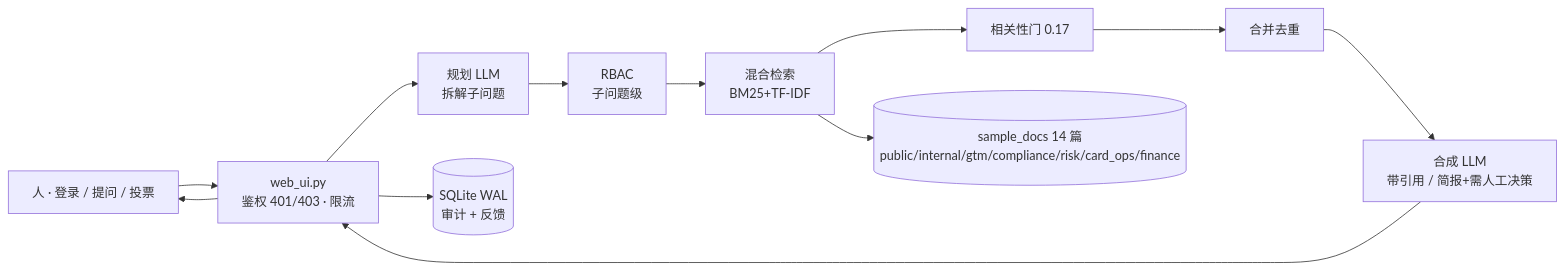
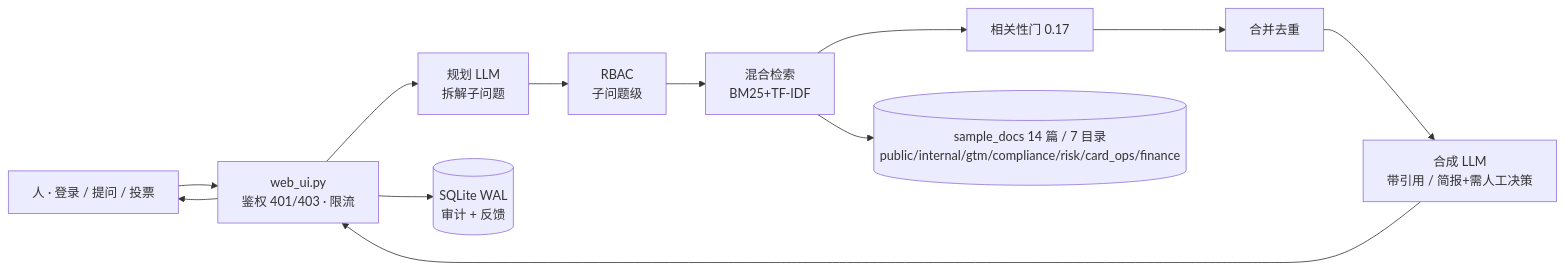
Before and after one commit to summersalt827/meridian-pay-kb: the diagram in README.md, drawn with Mermaid. The commit also changed other lines of this file and 1 other file, not shown here.

````diff
--- a/README.md
+++ b/README.md
@@ -58,7 +60,7 @@
 ```mermaid
 flowchart LR
   H["人 · 登录 / 提问 / 投票"] --> API["web_ui.py<br/>鉴权 401/403 · 限流"]
   API --> PLAN["规划 LLM<br/>拆解子问题"] --> RBAC["RBAC<br/>子问题级"] --> RET["混合检索<br/>BM25+TF-IDF"] --> GATE["相关性门 0.17"] --> MERGE["合并去重"] --> SYNTH["合成 LLM<br/>带引用 / 简报+需人工决策"] --> API --> H
-  RET --> DOCS[("sample_docs 14 篇<br/>public/internal/gtm/compliance/risk/card_ops/finance")]
+  RET --> DOCS[("sample_docs 14 篇 / 7 目录<br/>public/internal/gtm/compliance/risk/card_ops/finance")]
   API --> DB[("SQLite WAL<br/>审计 + 反馈")]
 ```
````
